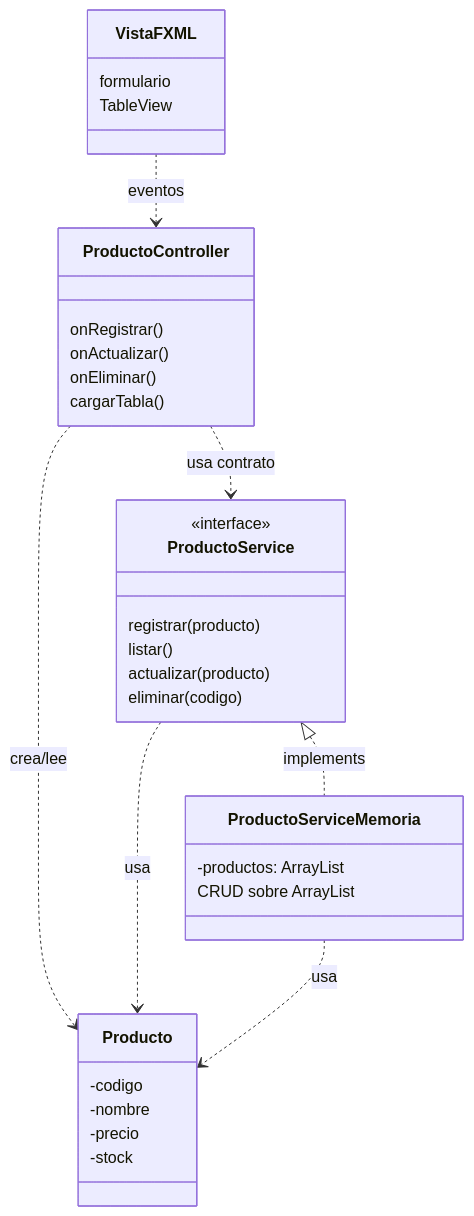
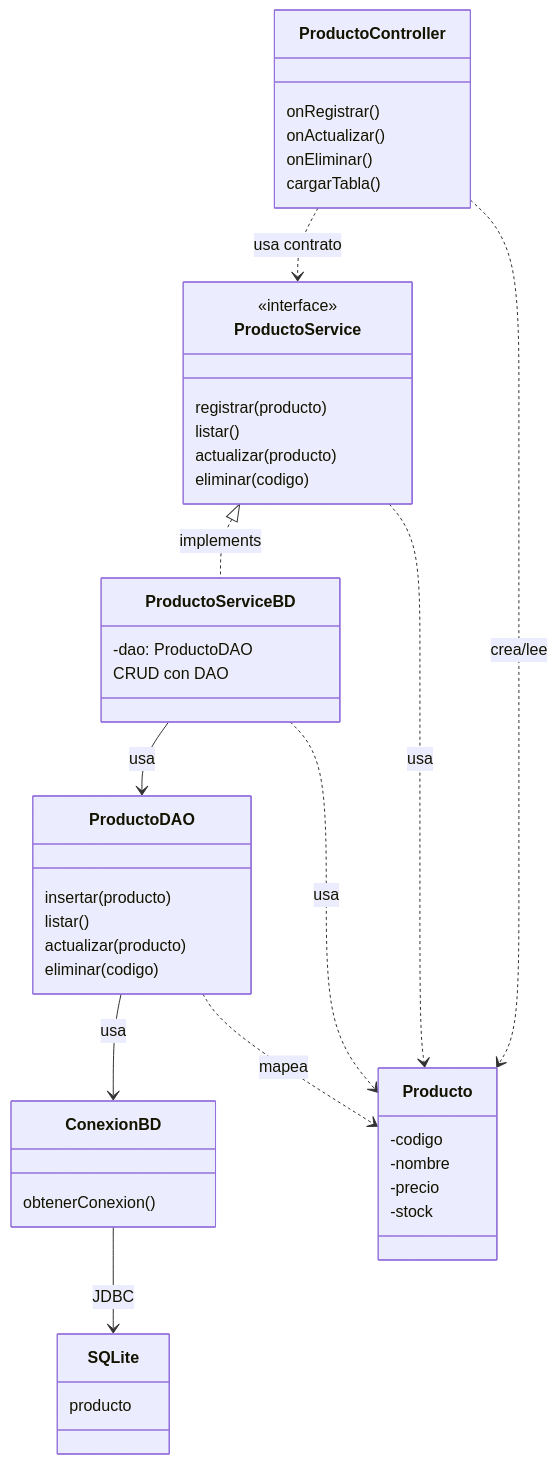
The diagram in docs/S08_Arquitectura_DAO_CRUD_Persistente.md (262poo/comarket), drawn with Mermaid before and after one commit. The commit also changed other lines of this file and 5 other files, not shown here.

````diff
--- a/docs/S08_Arquitectura_DAO_CRUD_Persistente.md
+++ b/docs/S08_Arquitectura_DAO_CRUD_Persistente.md
@@ -59,37 +62,54 @@
 ```mermaid
 classDiagram
-    class VistaFXML {
-        formulario
-        TableView
-    }
     class ProductoController {
         onRegistrar()
         onActualizar()
         onEliminar()
         cargarTabla()
     }
+
     class ProductoService {
         <<interface>>
         registrar(producto)
         listar()
         actualizar(producto)
         eliminar(codigo)
     }
-    class ProductoServiceMemoria {
-        -productos: ArrayList
-        CRUD sobre ArrayList
+
+    class ProductoServiceBD {
+        -dao: ProductoDAO
+        CRUD con DAO
     }
+
+    class ProductoDAO {
+        insertar(producto)
+        listar()
+        actualizar(producto)
+        eliminar(codigo)
+    }
+
+    class ConexionBD {
+        obtenerConexion()
+    }
+
+    class SQLite {
+        producto
+    }
+
     class Producto {
         -codigo
         -nombre
         -precio
         -stock
     }
 
-    VistaFXML ..> ProductoController : eventos
     ProductoController ..> ProductoService : usa contrato
     ProductoController ..> Producto : crea/lee
-    ProductoService <|.. ProductoServiceMemoria : implements
+    ProductoService <|.. ProductoServiceBD : implements
     ProductoService ..> Producto : usa
-    ProductoServiceMemoria ..> Producto : usa
+    ProductoServiceBD ..> Producto : usa
+    ProductoServiceBD --> ProductoDAO : usa
+    ProductoDAO ..> Producto : mapea
+    ProductoDAO --> ConexionBD : usa
+    ConexionBD --> SQLite : JDBC
 ```
````
